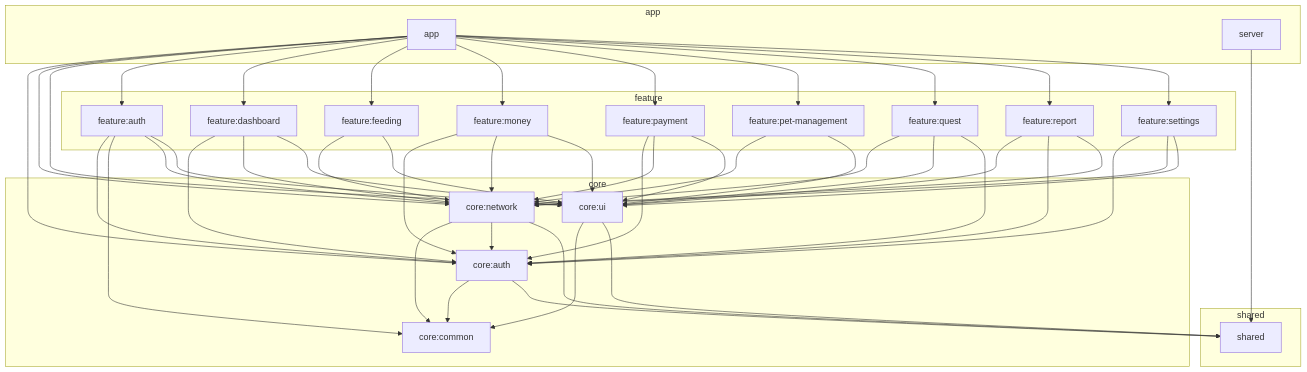
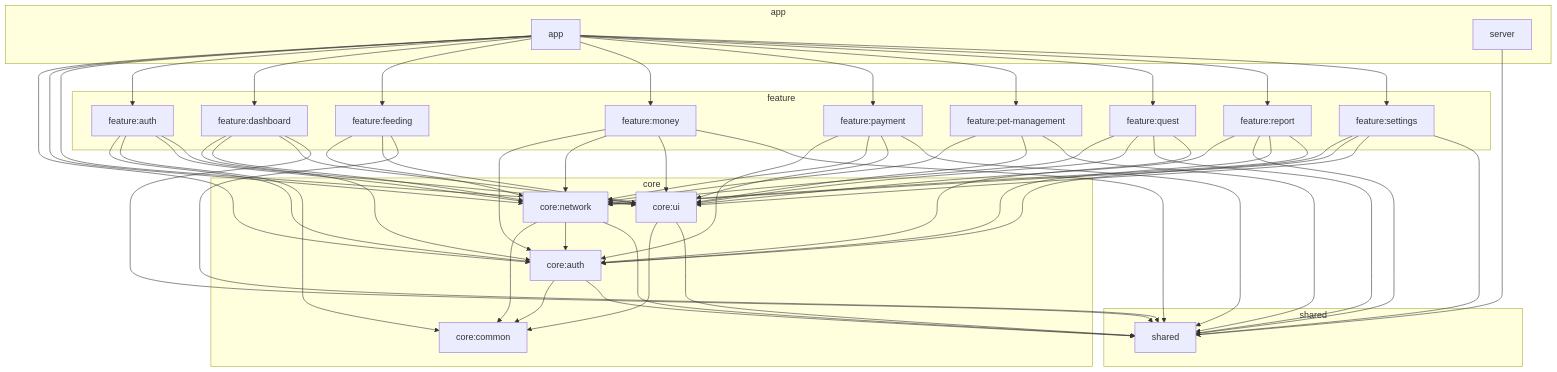
The diagram in README.md (ptkNktq/CrabShell), drawn with Mermaid before and after one commit. The commit also changed 9 other files, not shown here.

```diff
--- a/README.md
+++ b/README.md
@@ -77,25 +77,33 @@
   FD --> CA
   FD --> CN
   FD --> CU
+  FD --> S
   FF --> CN
   FF --> CU
+  FF --> S
   FM --> CA
   FM --> CN
   FM --> CU
+  FM --> S
   FP --> CA
   FP --> CN
   FP --> CU
+  FP --> S
   FPM --> CN
   FPM --> CU
+  FPM --> S
   FQ --> CN
   FQ --> CU
+  FQ --> S
   FQ --> CA
   FR --> CU
+  FR --> S
   FR --> CA
   FR --> CN
   FS --> CA
   FS --> CN
   FS --> CU
+  FS --> S
 
   WF --> CA
   WF --> CN
```
